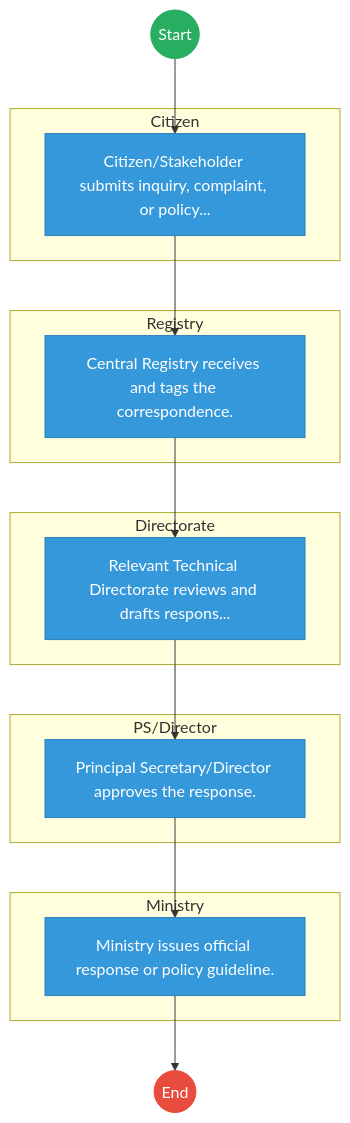
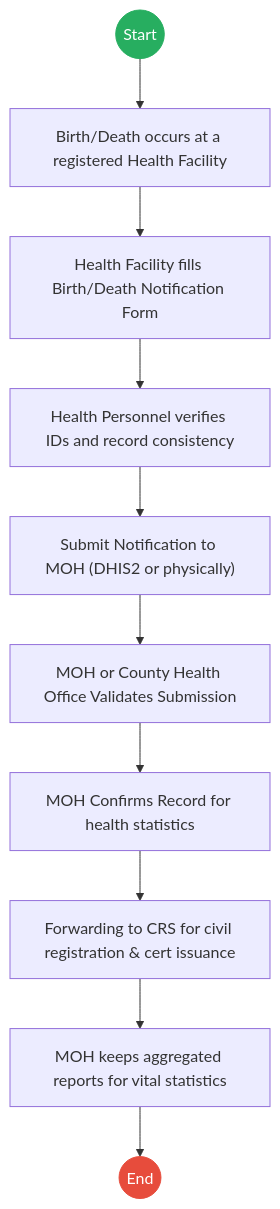
One commit to BITZ-IT-Consulting-LTD/ictapoc changed the first of 2 diagrams in mdas/docs_final/Ministry_of_Health___Service_Delivery.md. Above: the diagram before and after it, drawn with Mermaid. The commit also changed other lines of this file and 6 other files, not shown here.

````diff
--- a/mdas/docs_final/Ministry_of_Health___Service_Delivery.md
+++ b/mdas/docs_final/Ministry_of_Health___Service_Delivery.md
@@ -20,38 +20,17 @@
 ```mermaid
 graph TD
     Start((Start)) --> S1
-
-    subgraph Citizen [Citizen]
-        S1["Citizen/Stakeholder submits inquiry, complaint, or policy..."]
-    end
-
-    subgraph Registry [Registry]
-        S2["Central Registry receives and tags the correspondence."]
-    end
-
-    subgraph Directorate [Directorate]
-        S3["Relevant Technical Directorate reviews and drafts respons..."]
-    end
-
-    subgraph PS_Director [PS/Director]
-        S4["Principal Secretary/Director approves the response."]
-    end
-
-    subgraph Ministry [Ministry]
-        S5["Ministry issues official response or policy guideline."]
-    end
-    S1 --> S2
-    S2 --> S3
-    S3 --> S4
-    S4 --> S5
-    S5 --> End((End))
+    S1["Birth/Death occurs at a registered Health Facility"] --> S2
+    S2["Health Facility fills Birth/Death Notification Form"] --> S3
+    S3["Health Personnel verifies IDs and record consistency"] --> S4
+    S4["Submit Notification to MOH (DHIS2 or physically)"] --> S5
+    S5["MOH or County Health Office Validates Submission"] --> S6
+    S6["MOH Confirms Record for health statistics"] --> S7
+    S7["Forwarding to CRS for civil registration & cert issuance"] --> S8
+    S8["MOH keeps aggregated reports for vital statistics"] --> End((End))
 
     classDef start fill:#27ae60,stroke:#27ae60,color:#fff;
     classDef endNode fill:#e74c3c,stroke:#e74c3c,color:#fff;
-    classDef userTask fill:#3498db,stroke:#2980b9,color:#fff;
-    classDef serviceTask fill:#9b59b6,stroke:#8e44ad,color:#fff;
-
     class Start start;
     class End endNode;
-    class S1,S2,S3,S4,S5 userTask;
 ```
````
